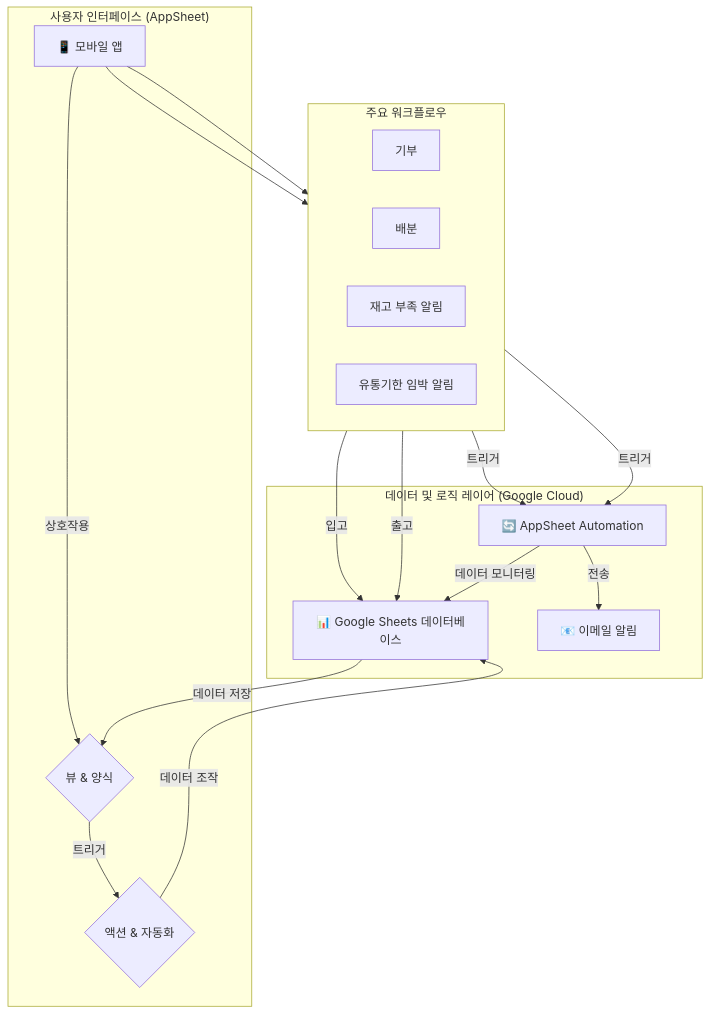
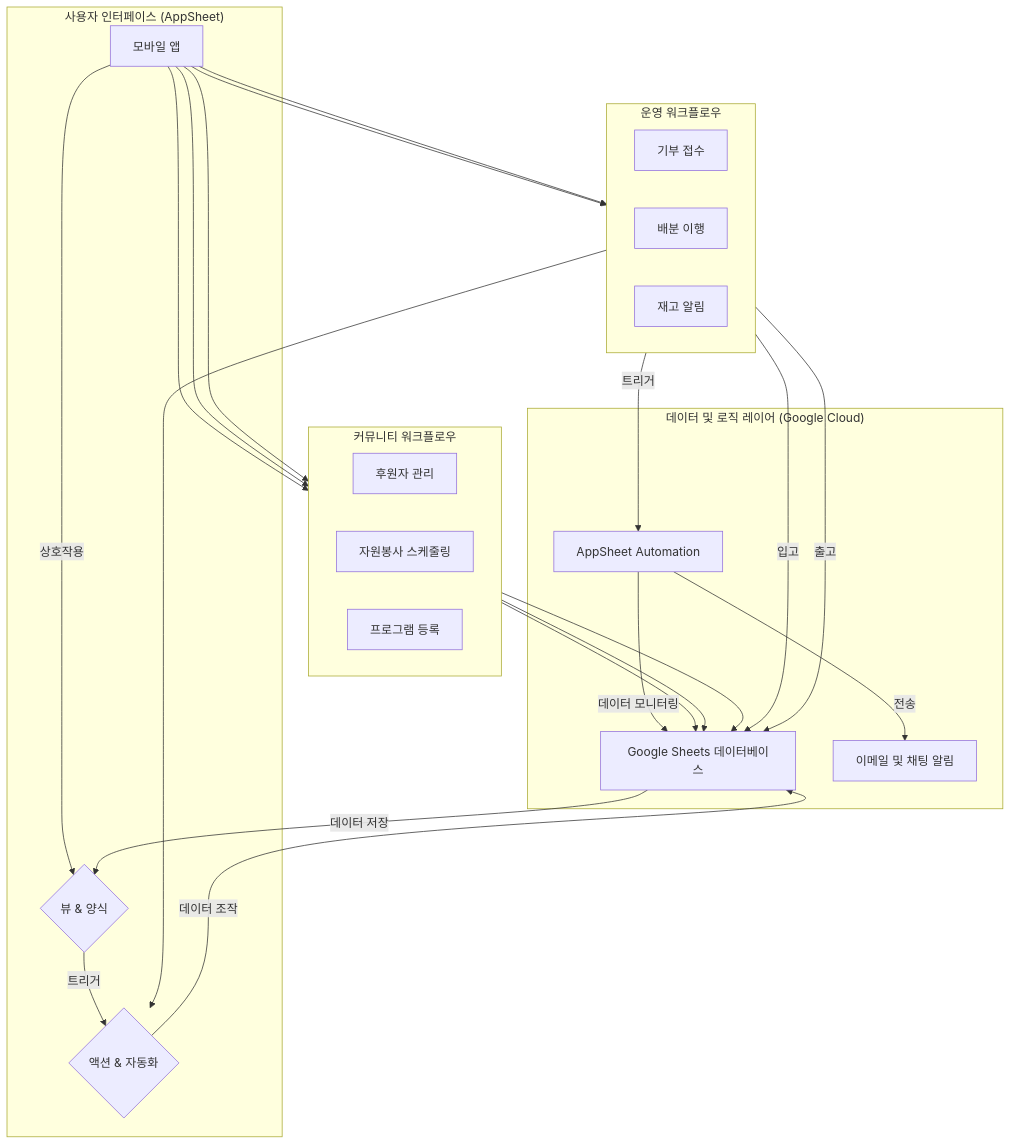
One commit to durume/GM changed the diagram in foodbank/README.ko.md. Above: the diagram before and after it, drawn with Mermaid. The commit also changed other lines of this file and 19 other files, not shown here.

First line of the commit message:
Enhance Gwangmyeong Food Bank AppSheet project documentation and database structure

````diff
--- a/foodbank/README.ko.md
+++ b/foodbank/README.ko.md
@@ -15,28 +48,38 @@
 ```mermaid
 graph TD
     subgraph "사용자 인터페이스 (AppSheet)"
-        A[📱 모바일 앱]
-        A -- 상호작용 --> B{뷰 & 양식};
-        B -- 트리거 --> C{액션 & 자동화};
+        A[모바일 앱]
+        A -- 상호작용 --> B{뷰 & 양식}
+        B -- 트리거 --> C{액션 & 자동화}
     end
 
     subgraph "데이터 및 로직 레이어 (Google Cloud)"
-        D[📊 Google Sheets 데이터베이스]
-        D -- 데이터 저장 --> B;
-        C -- 데이터 조작 --> D;
-        E[🔄 AppSheet Automation]
-        E -- 데이터 모니터링 --> D;
-        E -- 전송 --> F[📧 이메일 알림];
+        D[Google Sheets 데이터베이스]
+        D -- 데이터 저장 --> B
+        C -- 데이터 조작 --> D
+        E[AppSheet Automation]
+        E -- 데이터 모니터링 --> D
+        E -- 전송 --> F[이메일 및 채팅 알림]
     end
 
-    subgraph "주요 워크플로우"
+    subgraph "운영 워크플로우"
         direction LR
-        G[기부] -- 입고 --> D;
-        H[배분] -- 출고 --> D;
-        I[재고 부족 알림] -- 트리거 --> E;
-        J[유통기한 임박 알림] -- 트리거 --> E;
+        G[기부 접수] -- 입고 --> D
+        H[배분 이행] -- 출고 --> D
+        I[재고 알림] -- 트리거 --> E
     end
 
-    A --> G;
-    A --> H;
+    subgraph "커뮤니티 워크플로우"
+        direction LR
+        K[후원자 관리] --> D
+        L[자원봉사 스케줄링] --> D
+        M[프로그램 등록] --> D
+    end
+
+    A --> G
+    A --> H
+    A --> K
+    A --> L
+    A --> M
+    I --> C
 ```
````
